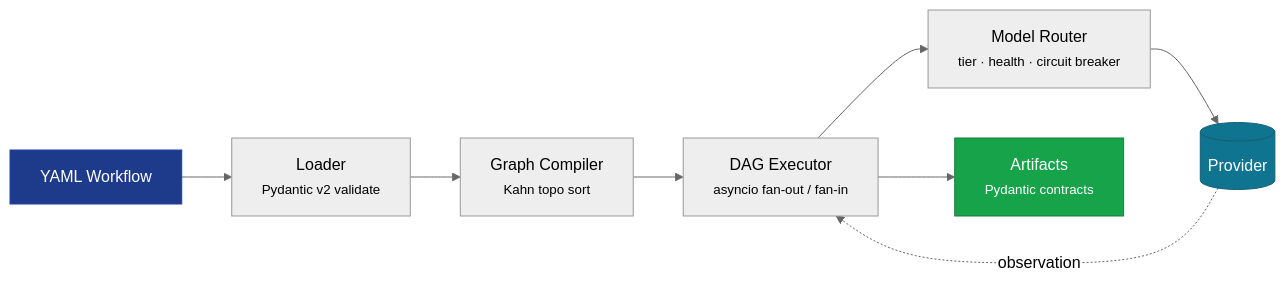
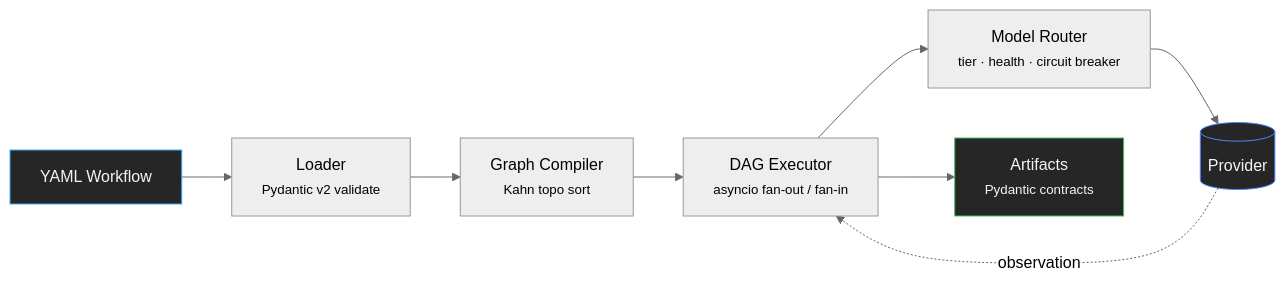
Before and after one commit to tafreeman/agentic-runtime-platform: the diagram in docs/index.md, drawn with Mermaid (neutral theme). The commit also changed other lines of this file and 15 other files, not shown here.

````diff
--- a/docs/index.md
+++ b/docs/index.md
@@ -80,13 +79,13 @@
 ```mermaid
 flowchart LR
     A[YAML Workflow] --> B[Loader<br/><small>Pydantic v2 validate</small>]
     B --> C[Graph Compiler<br/><small>Kahn topo sort</small>]
     C --> D[DAG Executor<br/><small>asyncio fan-out / fan-in</small>]
     D --> E[Model Router<br/><small>tier · health · circuit breaker</small>]
     E --> F[(Provider)]
     F -.observation.-> D
     D --> G[Artifacts<br/><small>Pydantic contracts</small>]
-    style A fill:#1e3a8a,color:#fff,stroke:#1e40af
-    style F fill:#0e7490,color:#fff,stroke:#155e75
-    style G fill:#16a34a,color:#fff,stroke:#15803d
+    style A fill:#262626,color:#f4f4f4,stroke:#33b1ff
+    style F fill:#262626,color:#f4f4f4,stroke:#4589ff
+    style G fill:#262626,color:#f4f4f4,stroke:#42be65
 ```
````
